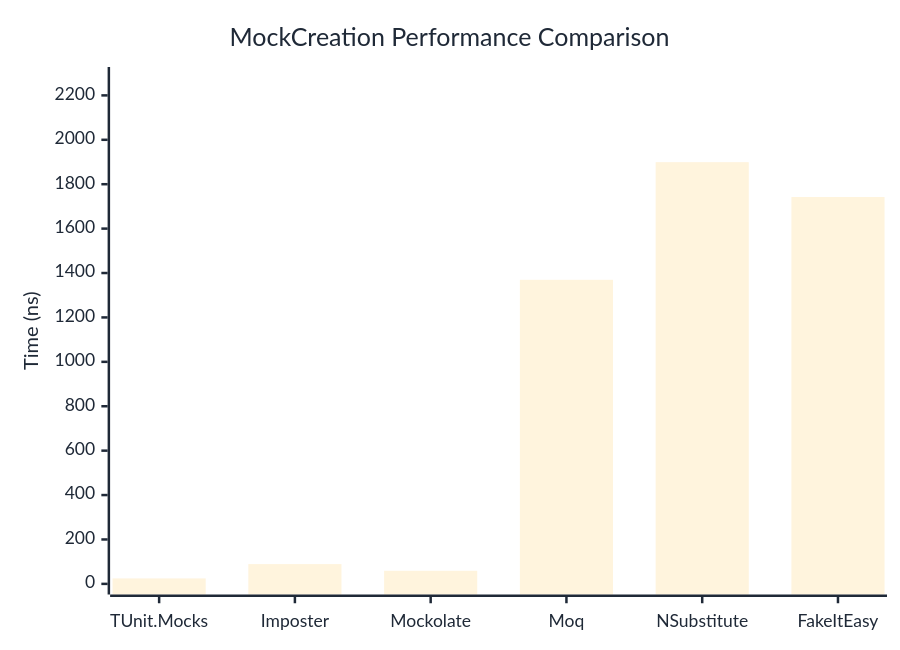
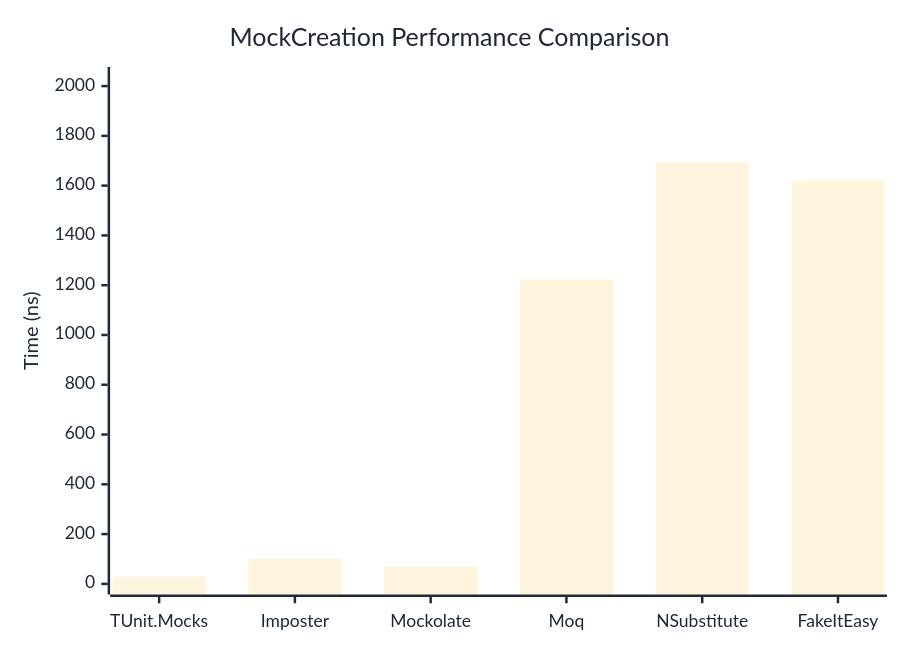
The first of 2 diagrams in docs/docs/benchmarks/mocks/MockCreation.md (thomhurst/TUnit), drawn with Mermaid before and after one commit. The commit also changed other lines of this file and 14 other files, not shown here.

````diff
--- a/docs/docs/benchmarks/mocks/MockCreation.md
+++ b/docs/docs/benchmarks/mocks/MockCreation.md
@@ -30,27 +30,27 @@
 ```mermaid
 %%{init: {
   'theme':'base',
   'themeVariables': {
     'primaryColor': '#2563eb',
     'primaryTextColor': '#1f2937',
     'primaryBorderColor': '#1e40af',
     'lineColor': '#6b7280',
     'secondaryColor': '#7c3aed',
     'tertiaryColor': '#dc2626',
     'background': '#ffffff',
     'pie1': '#2563eb',
     'pie2': '#7c3aed',
     'pie3': '#dc2626',
     'pie4': '#f59e0b',
     'pie5': '#10b981',
     'pie6': '#06b6d4',
     'pie7': '#ec4899',
     'pie8': '#6366f1'
   }
 }}%%
 xychart-beta
   title "MockCreation Performance Comparison"
   x-axis ["TUnit.Mocks", "Imposter", "Mockolate", "Moq", "NSubstitute", "FakeItEasy"]
-  y-axis "Time (ns)" 0 --> 2280
-  bar [24.63, 89.06, 58.99, 1369.38, 1899.27, 1742.24]
+  y-axis "Time (ns)" 0 --> 2034
+  bar [28.13, 100.99, 68.89, 1222.79, 1695, 1621.73]
 ```
````
